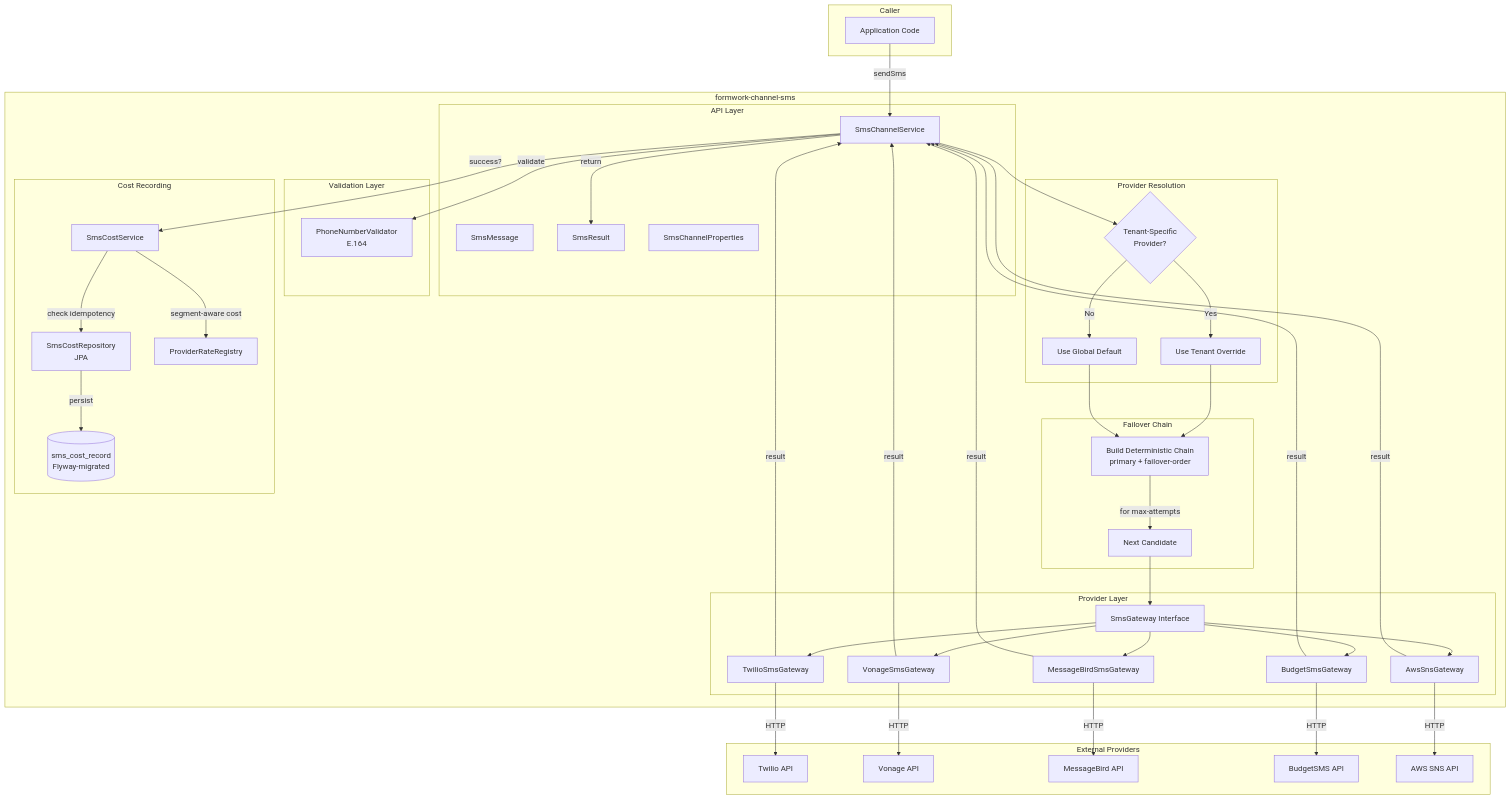
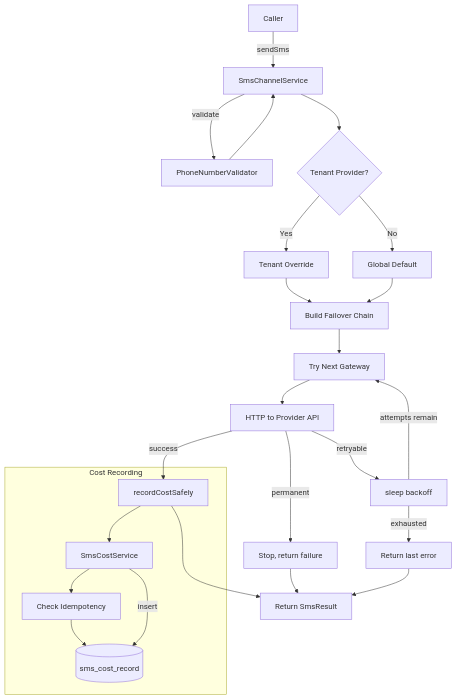
The first of 7 diagrams in README.md (zahid397/formwork-channel-sms-production-review), drawn with Mermaid before and after one commit. The commit also changed other lines of this file, not shown here.

````diff
--- a/README.md
+++ b/README.md
@@ -32,89 +32,28 @@
 ```mermaid
 graph TD
-    subgraph "Caller"
-        A[Application Code]
+    A[Caller] -->|sendSms| B[SmsChannelService]
+    B -->|validate| C[PhoneNumberValidator]
+    C --> B
+    B --> D{Tenant Provider?}
+    D -->|Yes| E[Tenant Override]
+    D -->|No| F[Global Default]
+    E --> G[Build Failover Chain]
+    F --> G
+    G --> H[Try Next Gateway]
+    H --> I[HTTP to Provider API]
+    I -->|success| J[recordCostSafely]
+    I -->|permanent| K[Stop, return failure]
+    I -->|retryable| L[sleep backoff]
+    L -->|attempts remain| H
+    L -->|exhausted| M[Return last error]
+    J --> N[Return SmsResult]
+    K --> N
+    M --> N
+    
+    subgraph Cost Recording
+        J --> O[SmsCostService]
+        O --> P[Check Idempotency]
+        P --> Q[(sms_cost_record)]
+        O -->|insert| Q
     end
-
-    subgraph "formwork-channel-sms"
-        subgraph "API Layer"
-            B[SmsChannelService]
-            C[SmsMessage]
-            D[SmsResult]
-            E[SmsChannelProperties]
-        end
-
-        subgraph "Validation Layer"
-            F[PhoneNumberValidator<br/>E.164]
-        end
-
-        subgraph "Provider Resolution"
-            G{Tenant-Specific<br/>Provider?}
-            H[Use Tenant Override]
-            I[Use Global Default]
-        end
-
-        subgraph "Failover Chain"
-            J[Build Deterministic Chain<br/>primary + failover-order]
-            K[Next Candidate]
-        end
-
-        subgraph "Provider Layer"
-            L[SmsGateway Interface]
-            M[TwilioSmsGateway]
-            N[VonageSmsGateway]
-            O[MessageBirdSmsGateway]
-            P[BudgetSmsGateway]
-            Q[AwsSnsGateway]
-        end
-
-        subgraph "Cost Recording"
-            R[SmsCostService]
-            S[SmsCostRepository<br/>JPA]
-            T[ProviderRateRegistry]
-            U[(sms_cost_record<br/>Flyway-migrated)]
-        end
-    end
-
-    subgraph "External Providers"
-        V[Twilio API]
-        W[Vonage API]
-        X[MessageBird API]
-        Y[BudgetSMS API]
-        Z[AWS SNS API]
-    end
-
-    A -->|sendSms| B
-    B -->|validate| F
-    B --> G
-    G -->|Yes| H
-    G -->|No| I
-    H --> J
-    I --> J
-    
-    J -->|for max-attempts| K
-    K --> L
-    L --> M
-    L --> N
-    L --> O
-    L --> P
-    L --> Q
-    
-    M -->|HTTP| V
-    N -->|HTTP| W
-    O -->|HTTP| X
-    P -->|HTTP| Y
-    Q -->|HTTP| Z
-    
-    M -->|result| B
-    N -->|result| B
-    O -->|result| B
-    P -->|result| B
-    Q -->|result| B
-    
-    B -->|success?| R
-    R -->|segment-aware cost| T
-    R -->|check idempotency| S
-    S -->|persist| U
-    
-    B -->|return| D
 ```
````
